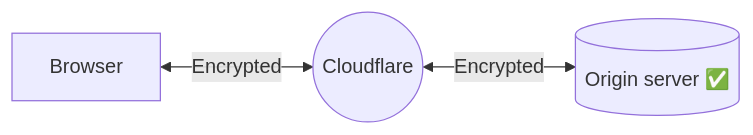
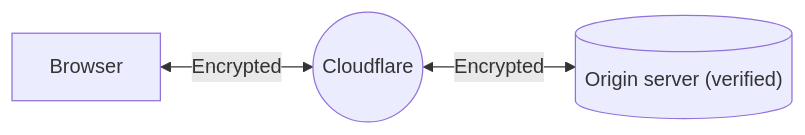
One commit to cloudflare/cloudflare-docs changed the diagram in content/ssl/origin-configuration/ssl-modes/ssl-only-origin-pull.md. Above: the diagram before and after it, drawn with Mermaid. The commit also changed 1 other file, not shown here.

Commit message:
test again

```diff
--- a/content/ssl/origin-configuration/ssl-modes/ssl-only-origin-pull.md
+++ b/content/ssl/origin-configuration/ssl-modes/ssl-only-origin-pull.md
@@ -19,4 +19,4 @@
 <div class="mermaid">
 graph LR
-    A[Browser] <--Encrypted--> B((Cloudflare))<--Encrypted--> C[("Origin server &#9989;")]
+    A[Browser] <--Encrypted--> B((Cloudflare))<--Encrypted--> C[("Origin server (verified)")]
 </div>
```
